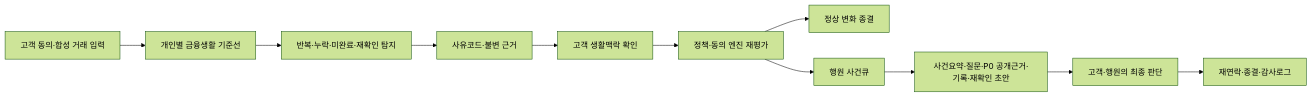
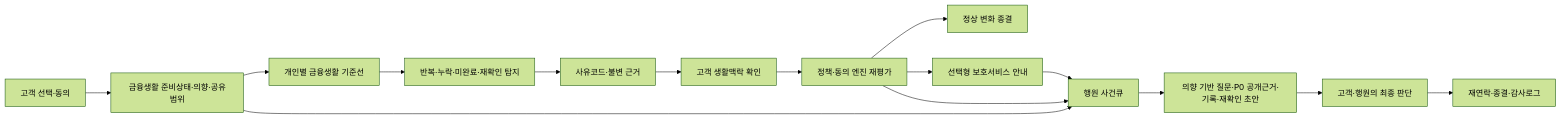
The first of 3 diagrams in ALZS_WELL_PROJECT_SSOT.md (xixvivji/alzs-well), drawn with Mermaid (forest theme) before and after one commit. The commit also changed other lines of this file, not shown here.

Commit message:
docs: 금융생활 연속성 중심 SSOT 개정

````diff
--- a/ALZS_WELL_PROJECT_SSOT.md
+++ b/ALZS_WELL_PROJECT_SSOT.md
@@ -240,13 +249,17 @@
 ```mermaid
 flowchart LR
-    A["고객 동의·합성 거래 입력"] --> B["개인별 금융생활 기준선"]
-    B --> C["반복·누락·미완료·재확인 탐지"]
-    C --> D["사유코드·불변 근거"]
-    D --> E["고객 생활맥락 확인"]
-    E --> F["정책·동의 엔진 재평가"]
-    F --> G["정상 변화 종결"]
-    F --> H["행원 사건큐"]
-    H --> I["사건요약·질문·P0 공개근거·기록·재확인 초안"]
-    I --> J["고객·행원의 최종 판단"]
-    J --> K["재연락·종결·감사로그"]
+    A["고객 선택·동의"] --> B["금융생활 준비상태·의향·공유범위"]
+    B --> C["개인별 금융생활 기준선"]
+    C --> D["반복·누락·미완료·재확인 탐지"]
+    D --> E["사유코드·불변 근거"]
+    E --> F["고객 생활맥락 확인"]
+    F --> G["정책·동의 엔진 재평가"]
+    G --> H["정상 변화 종결"]
+    G --> I["선택형 보호서비스 안내"]
+    G --> J["행원 사건큐"]
+    B --> J
+    I --> J
+    J --> K["의향 기반 질문·P0 공개근거·기록·재확인 초안"]
+    K --> L["고객·행원의 최종 판단"]
+    L --> M["재연락·종결·감사로그"]
 ```
````
